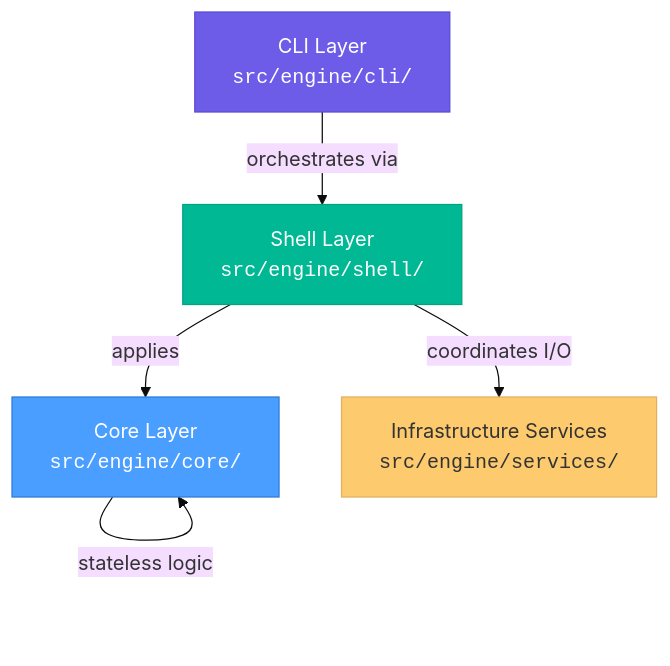
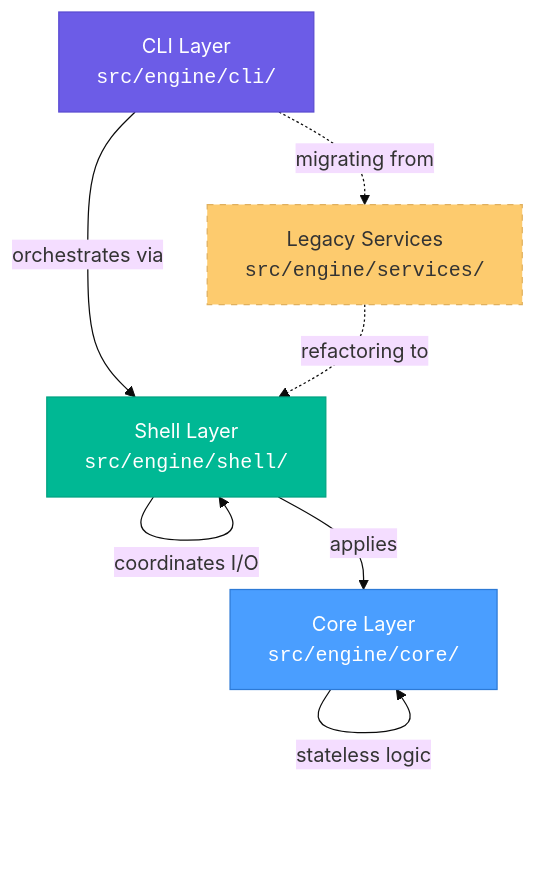
Before and after one commit to c-ferrier/lore-protocol: the first of 6 diagrams in documents/PROJECT_ARCHITECTURE.md, drawn with Mermaid (base theme). The commit also changed other lines of this file and 7 other files, not shown here.

````diff
--- a/documents/PROJECT_ARCHITECTURE.md
+++ b/documents/PROJECT_ARCHITECTURE.md
@@ -47,17 +47,20 @@
 ```mermaid
 graph TD
     CLI["CLI Layer<br/><code>src/engine/cli/</code>"]
     SHELL["Shell Layer<br/><code>src/engine/shell/</code>"]
     CORE["Core Layer<br/><code>src/engine/core/</code>"]
-    SVC["Infrastructure Services<br/><code>src/engine/services/</code>"]
+    SVC["Legacy Services<br/><code>src/engine/services/</code>"]
 
     CLI -->|orchestrates via| SHELL
-    SHELL -->|coordinates I/O| SVC
+    SHELL -->|coordinates I/O| SHELL
     SHELL -->|applies| CORE
     CORE -->|stateless logic| CORE
+    
+    CLI -.->|migrating from| SVC
+    SVC -.->|refactoring to| SHELL
 
     style CLI fill:#6c5ce7,color:#fff,stroke:#5a4bd1
     style SHELL fill:#00b894,color:#fff,stroke:#00a381
     style CORE fill:#4a9eff,color:#fff,stroke:#2d7ad6
-    style SVC fill:#fdcb6e,color:#333,stroke:#e0b05e
+    style SVC fill:#fdcb6e,color:#333,stroke:#e0b05e,stroke-dasharray: 5 5
 ```
````
